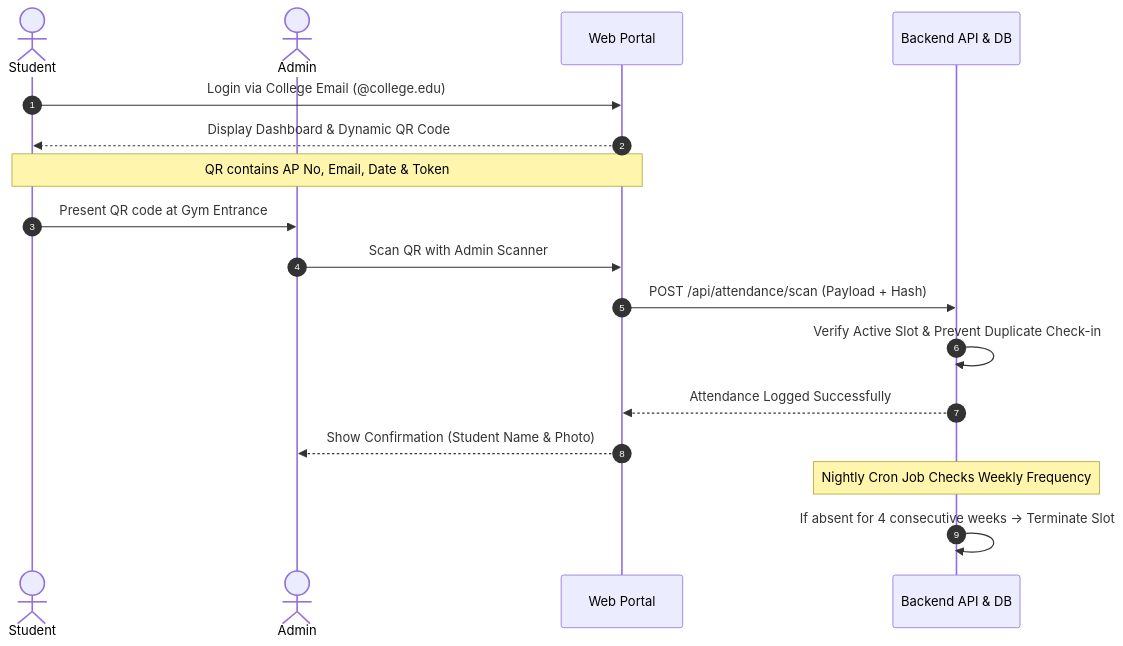
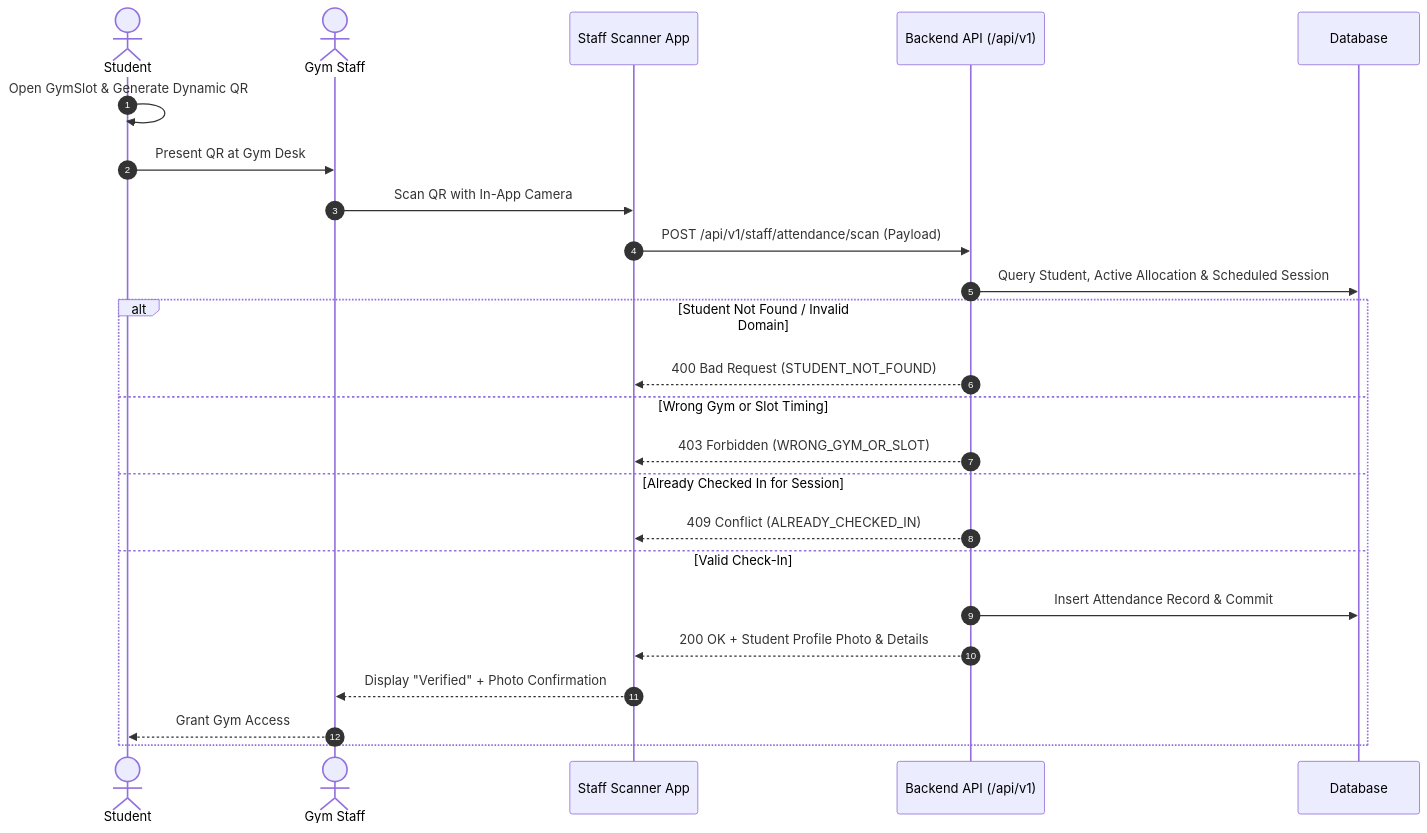
Before and after one commit to Aarav-cyber/Gym-allocation: the second of 4 diagrams in README.md, drawn with Mermaid. The commit also changed other lines of this file and 1 other file, not shown here.

````diff
--- a/README.md
+++ b/README.md
@@ -81,22 +187,28 @@
 ```mermaid
 sequenceDiagram
     autonumber
     actor Student
-    actor Admin
-    participant App as Web Portal
-    participant Server as Backend API & DB
+    actor Staff as Gym Staff
+    participant Client as Staff Scanner App
+    participant Server as Backend API (/api/v1)
+    participant DB as Database
 
-    Student->>App: Login via College Email (@college.edu)
-    App-->>Student: Display Dashboard & Dynamic QR Code
-    Note over Student,App: QR contains AP No, Email, Date & Token
-
-    Student->>Admin: Present QR code at Gym Entrance
-    Admin->>App: Scan QR with Admin Scanner
-    App->>Server: POST /api/attendance/scan (Payload + Hash)
-    Server->>Server: Verify Active Slot & Prevent Duplicate Check-in
-    Server-->>App: Attendance Logged Successfully
-    App-->>Admin: Show Confirmation (Student Name & Photo)
-
-    Note over Server: Nightly Cron Job Checks Weekly Frequency
-    Server->>Server: If absent for 4 consecutive weeks -> Terminate Slot
+    Student->>Student: Open GymSlot & Generate Dynamic QR
+    Student->>Staff: Present QR at Gym Desk
+    Staff->>Client: Scan QR with In-App Camera
+    Client->>Server: POST /api/v1/staff/attendance/scan (Payload)
+    
+    Server->>DB: Query Student, Active Allocation & Scheduled Session
+    alt Student Not Found / Invalid Domain
+        Server-->>Client: 400 Bad Request (STUDENT_NOT_FOUND)
+    else Wrong Gym or Slot Timing
+        Server-->>Client: 403 Forbidden (WRONG_GYM_OR_SLOT)
+    else Already Checked In for Session
+        Server-->>Client: 409 Conflict (ALREADY_CHECKED_IN)
+    else Valid Check-In
+        Server->>DB: Insert Attendance Record & Commit
+        Server-->>Client: 200 OK + Student Profile Photo & Details
+        Client-->>Staff: Display "Verified" + Photo Confirmation
+        Staff-->>Student: Grant Gym Access
+    end
 ```
````
